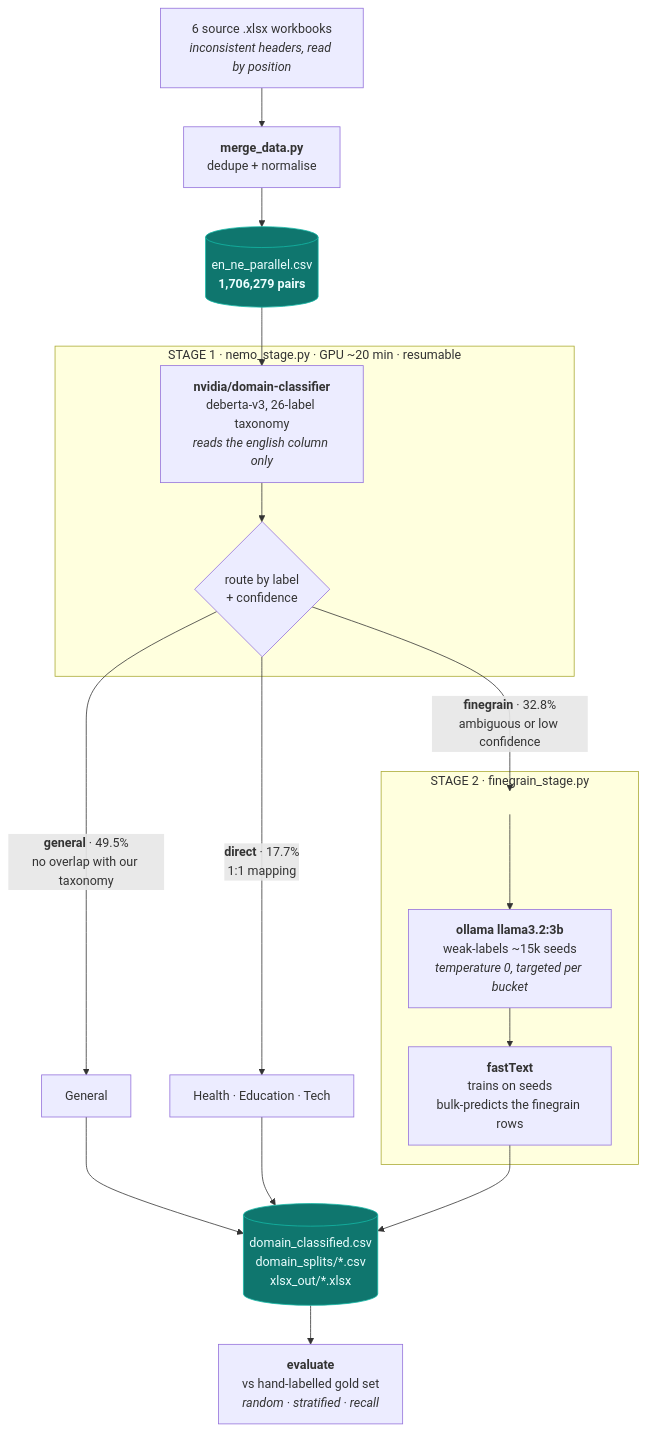
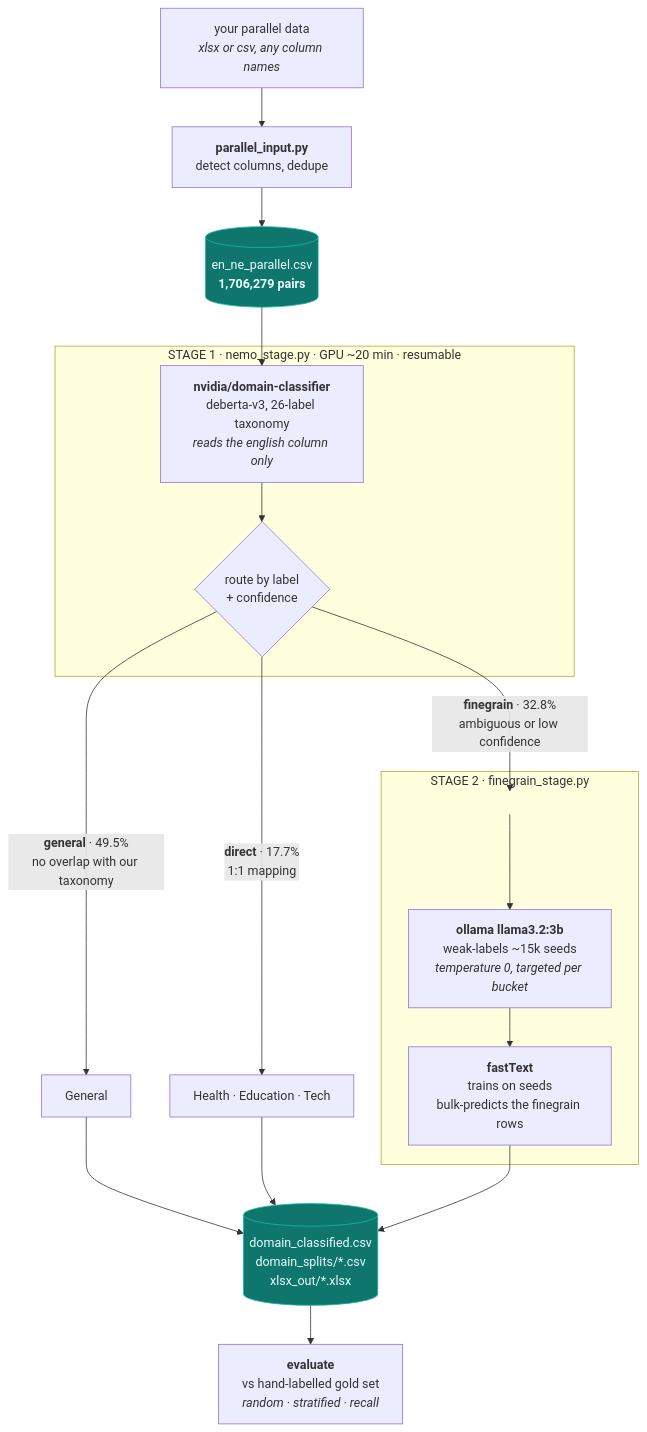
Before and after one commit to singhmanyu/Domain-Stratified-NMT-Corpus-Builder: the diagram in README.md, drawn with Mermaid. The commit also changed other lines of this file and 7 other files, not shown here.

````diff
--- a/README.md
+++ b/README.md
@@ -91,39 +91,39 @@
 ```mermaid
 flowchart TD
-    RAW["6 source .xlsx workbooks<br/><i>inconsistent headers, read by position</i>"]
-    MERGE["<b>merge_data.py</b><br/>dedupe + normalise"]
+    RAW["your parallel data<br/><i>xlsx or csv, any column names</i>"]
+    MERGE["<b>parallel_input.py</b><br/>detect columns, dedupe"]
     CORPUS[("en_ne_parallel.csv<br/><b>1,706,279 pairs</b>")]
 
     RAW --> MERGE --> CORPUS
 
     CORPUS --> S1
 
     subgraph STAGE1["STAGE 1 · nemo_stage.py · GPU ~20 min · resumable"]
         S1["<b>nvidia/domain-classifier</b><br/>deberta-v3, 26-label taxonomy<br/><i>reads the english column only</i>"]
         ROUTE{"route by label<br/>+ confidence"}
         S1 --> ROUTE
     end
 
     ROUTE -->|"<b>general</b> · 49.5%<br/>no overlap with our taxonomy"| GEN["General"]
     ROUTE -->|"<b>direct</b> · 17.7%<br/>1:1 mapping"| DIR["Health · Education · Tech"]
     ROUTE -->|"<b>finegrain</b> · 32.8%<br/>ambiguous or low confidence"| S2
 
     subgraph STAGE2["STAGE 2 · finegrain_stage.py"]
         SEED["<b>ollama llama3.2:3b</b><br/>weak-labels ~15k seeds<br/><i>temperature 0, targeted per bucket</i>"]
         FT["<b>fastText</b><br/>trains on seeds<br/>bulk-predicts the finegrain rows"]
         S2[" "]:::hidden
         S2 --> SEED --> FT
     end
 
     GEN --> OUT
     DIR --> OUT
     FT --> OUT
 
     OUT[("domain_classified.csv<br/>domain_splits/*.csv<br/>xlsx_out/*.xlsx")]
     OUT --> EVAL["<b>evaluate</b><br/>vs hand-labelled gold set<br/><i>random · stratified · recall</i>"]
 
     classDef hidden fill:none,stroke:none
     classDef stage fill:#1f2937,stroke:#4b5563,color:#e5e7eb
     classDef data fill:#0f766e,stroke:#14b8a6,color:#ecfeff
     class CORPUS,OUT data
 ```
````
